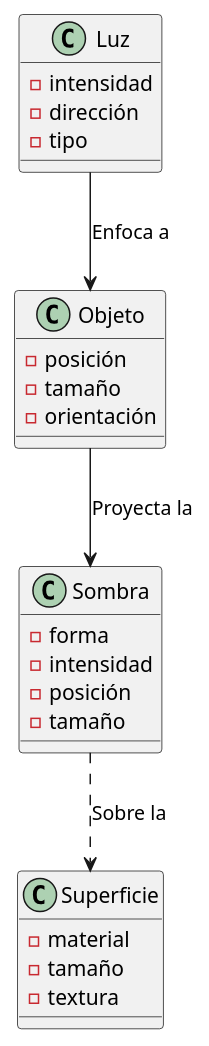
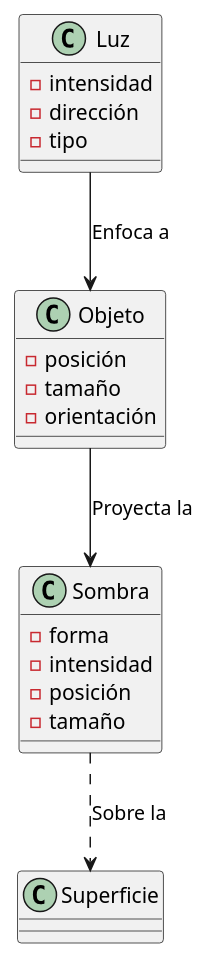
The diagram in entregas/ejercicio 2 Modular Sombra/Sombra.puml (mmasias/24-25-IdSw1), drawn with PlantUML before and after one commit.

Commit message:
Update Sombra.puml
Más información innecesaria eliminada

```diff
--- a/entregas/ejercicio 2 Modular Sombra/Sombra.puml
+++ b/entregas/ejercicio 2 Modular Sombra/Sombra.puml
@@ -1,31 +1,28 @@
 @startuml
 
 class Sombra {
   - forma
   - intensidad
   - posición
   - tamaño
 }
 
 class Objeto {
   - posición
   - tamaño
   - orientación
 }
 
 class Luz {
   - intensidad
   - dirección
   - tipo
 }
 
 class Superficie {
-  - material
-  - tamaño
-  - textura
 }
 
 Luz --> Objeto: Enfoca a
 Objeto --> Sombra: Proyecta la
 Sombra ..> Superficie : Sobre la
 @enduml
```
